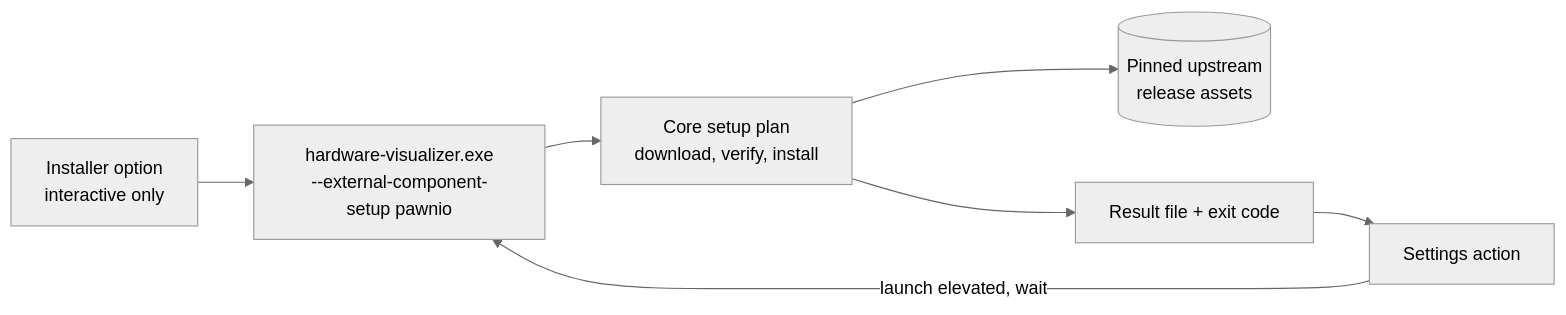
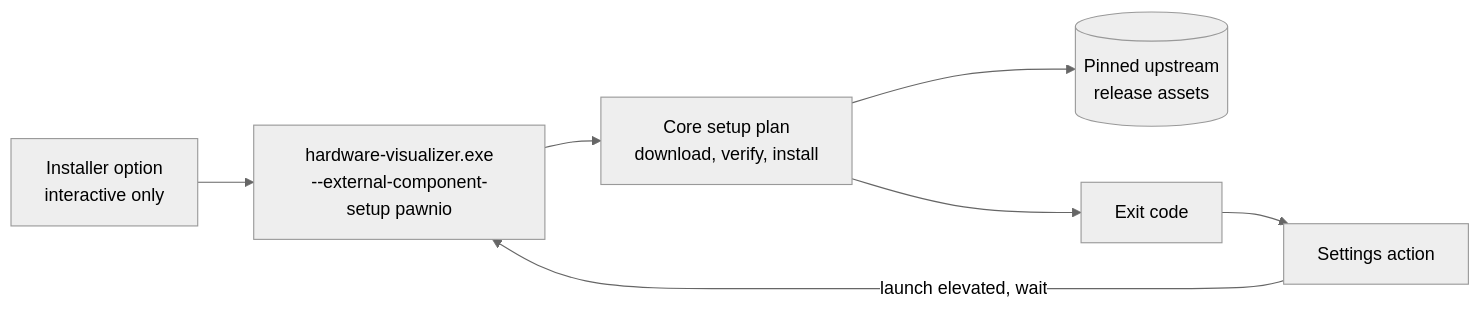
The diagram in docs/design/external-component-setup.md (shm11C3/hardware-monitor), drawn with Mermaid (neutral theme) before and after one commit. The commit also changed other lines of this file and 17 other files, not shown here.

````diff
--- a/docs/design/external-component-setup.md
+++ b/docs/design/external-component-setup.md
@@ -45,9 +45,9 @@
 ```mermaid
 flowchart LR
   Wizard[Installer option<br/>interactive only] --> CLI
   Settings[Settings action] -->|launch elevated, wait| CLI
   CLI[hardware-visualizer.exe<br/>--external-component-setup pawnio] --> Core
   Core[Core setup plan<br/>download, verify, install] --> Upstream[(Pinned upstream<br/>release assets)]
-  Core --> Result[Result file + exit code]
-  Result --> Settings
+  Core --> Exit[Exit code]
+  Exit --> Settings
 ```
````
